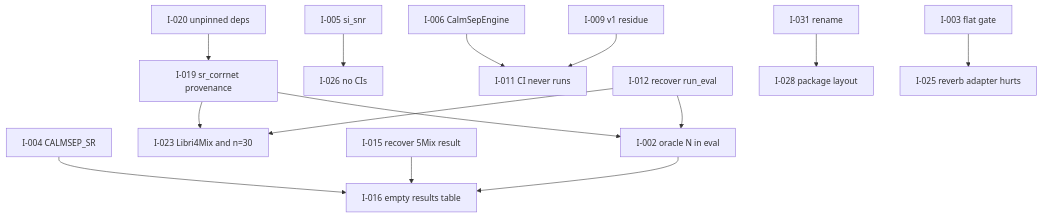
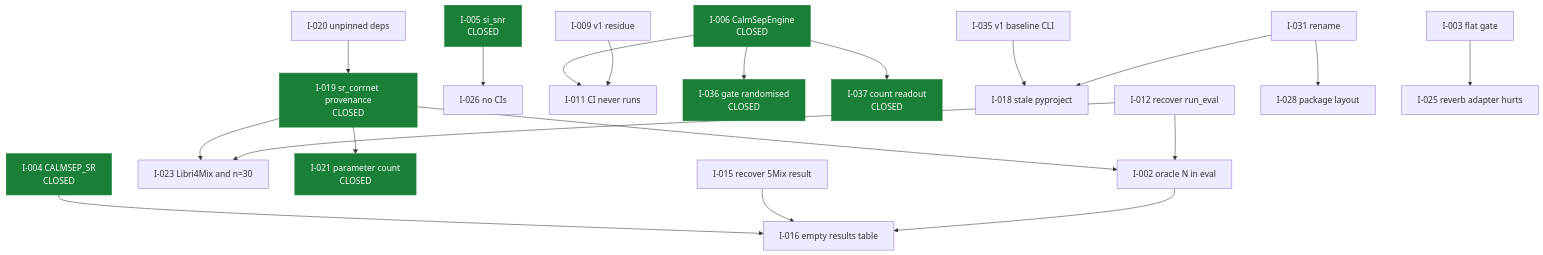
Before and after one commit to TECHSCHOLAR777/SINGLE-CHANNEL-SPEECH-SEPARATION-PROJECT: the second of 2 diagrams in docs/restoration/ISSUE_LEDGER.md, drawn with Mermaid. The commit also changed other lines of this file, not shown here.

````diff
--- a/docs/restoration/ISSUE_LEDGER.md
+++ b/docs/restoration/ISSUE_LEDGER.md
@@ -62,16 +96,23 @@
 ```mermaid
 flowchart TD
-    I019[I-019 sr_corrnet provenance] --> I002[I-002 oracle N in eval]
+    I019["I-019 sr_corrnet provenance<br/>CLOSED"]:::done --> I002[I-002 oracle N in eval]
     I019 --> I023[I-023 Libri4Mix and n=30]
+    I019 --> I021["I-021 parameter count<br/>CLOSED"]:::done
     I020[I-020 unpinned deps] --> I019
-    I004[I-004 CALMSEP_SR] --> I016[I-016 empty results table]
-    I005[I-005 si_snr] --> I026[I-026 no CIs]
-    I006[I-006 CalmSepEngine] --> I011[I-011 CI never runs]
+    I004["I-004 CALMSEP_SR<br/>CLOSED"]:::done --> I016[I-016 empty results table]
+    I005["I-005 si_snr<br/>CLOSED"]:::done --> I026[I-026 no CIs]
+    I006["I-006 CalmSepEngine<br/>CLOSED"]:::done --> I011[I-011 CI never runs]
+    I006 --> I036["I-036 gate randomised<br/>CLOSED"]:::done
+    I006 --> I037["I-037 count readout<br/>CLOSED"]:::done
     I009[I-009 v1 residue] --> I011
+    I035[I-035 v1 baseline CLI] --> I018[I-018 stale pyproject]
     I012[I-012 recover run_eval] --> I002
     I012 --> I023
     I015[I-015 recover 5Mix result] --> I016
     I031[I-031 rename] --> I028[I-028 package layout]
+    I031 --> I018
     I003[I-003 flat gate] --> I025[I-025 reverb adapter hurts]
     I002 --> I016
+
+    classDef done fill:#1a7f37,stroke:#1a7f37,color:#fff
 ```
````
